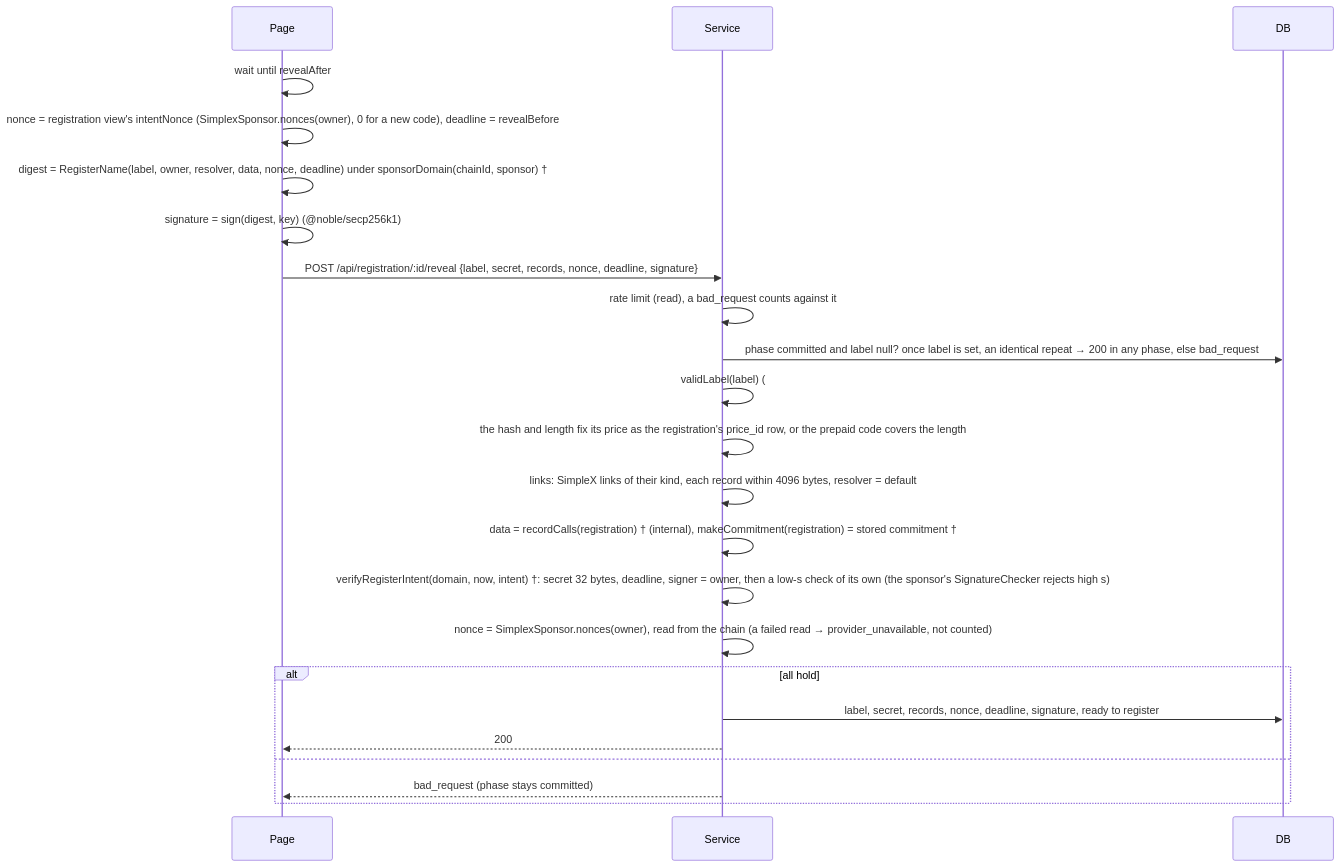
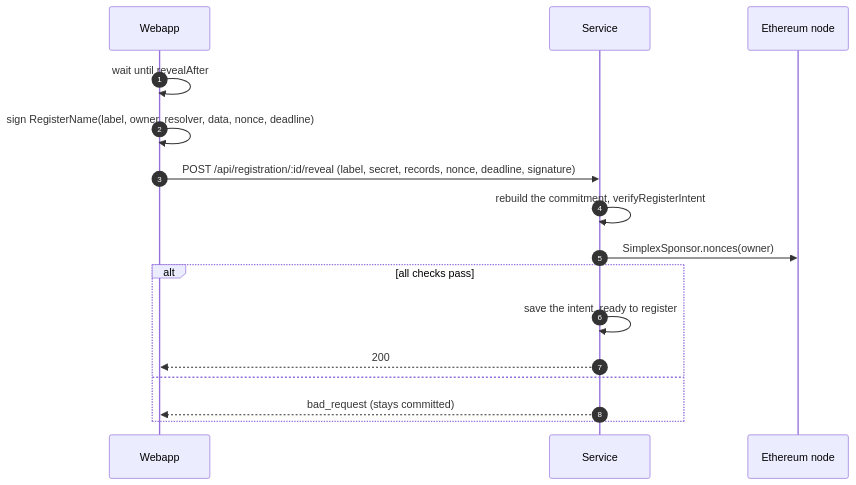
Before and after one commit to simplex-chat/simplex-chat: the eighth of 21 diagrams in plans/names-codes/2026-10-13-names-sequence.md, drawn with Mermaid. The commit also changed other lines of this file, not shown here.

Commit message:
plans: simpler names sequence diagrams

````diff
--- a/plans/names-codes/2026-10-13-names-sequence.md
+++ b/plans/names-codes/2026-10-13-names-sequence.md
@@ -162,25 +320,18 @@
 ```mermaid
 sequenceDiagram
-  participant Page
-  participant Service
-  participant DB
-  Page->>Page: wait until revealAfter
-  Page->>Page: nonce = registration view's intentNonce (SimplexSponsor.nonces(owner), 0 for a new code), deadline = revealBefore
-  Page->>Page: digest = RegisterName(label, owner, resolver, data, nonce, deadline) under sponsorDomain(chainId, sponsor) †
-  Page->>Page: signature = sign(digest, key) (@noble/secp256k1)
-  Page->>Service: POST /api/registration/:id/reveal {label, secret, records, nonce, deadline, signature}
-  Service->>Service: rate limit (read), a bad_request counts against it
-  Service->>DB: phase committed and label null? once label is set, an identical repeat → 200 in any phase, else bad_request
-  Service->>Service: validLabel(label) (#7390, ported and tightened to simplexmq's hyphen rule), keccak256(label) = labelHash, length
-  Service->>Service: the hash and length fix its price as the registration's price_id row, or the prepaid code covers the length
-  Service->>Service: links: SimpleX links of their kind, each record within 4096 bytes, resolver = default
-  Service->>Service: data = recordCalls(registration) † (internal), makeCommitment(registration) = stored commitment †
-  Service->>Service: verifyRegisterIntent(domain, now, intent) †: secret 32 bytes, deadline, signer = owner, then a low-s check of its own (the sponsor's SignatureChecker rejects high s)
-  Service->>Service: nonce = SimplexSponsor.nonces(owner), read from the chain (a failed read → provider_unavailable, not counted)
-  alt all hold
-    Service->>DB: label, secret, records, nonce, deadline, signature, ready to register
-    Service-->>Page: 200
+  autonumber
+  participant W as Webapp
+  participant S as Service
+  participant E as Ethereum node
+  W->>W: wait until revealAfter
+  W->>W: sign RegisterName(label, owner, resolver, data, nonce, deadline)
+  W->>S: POST /api/registration/:id/reveal (label, secret, records, nonce, deadline, signature)
+  S->>S: rebuild the commitment, verifyRegisterIntent
+  S->>E: SimplexSponsor.nonces(owner)
+  alt all checks pass
+    S->>S: save the intent, ready to register
+    S-->>W: 200
   else
-    Service-->>Page: bad_request (phase stays committed)
+    S-->>W: bad_request (stays committed)
   end
 ```
````
